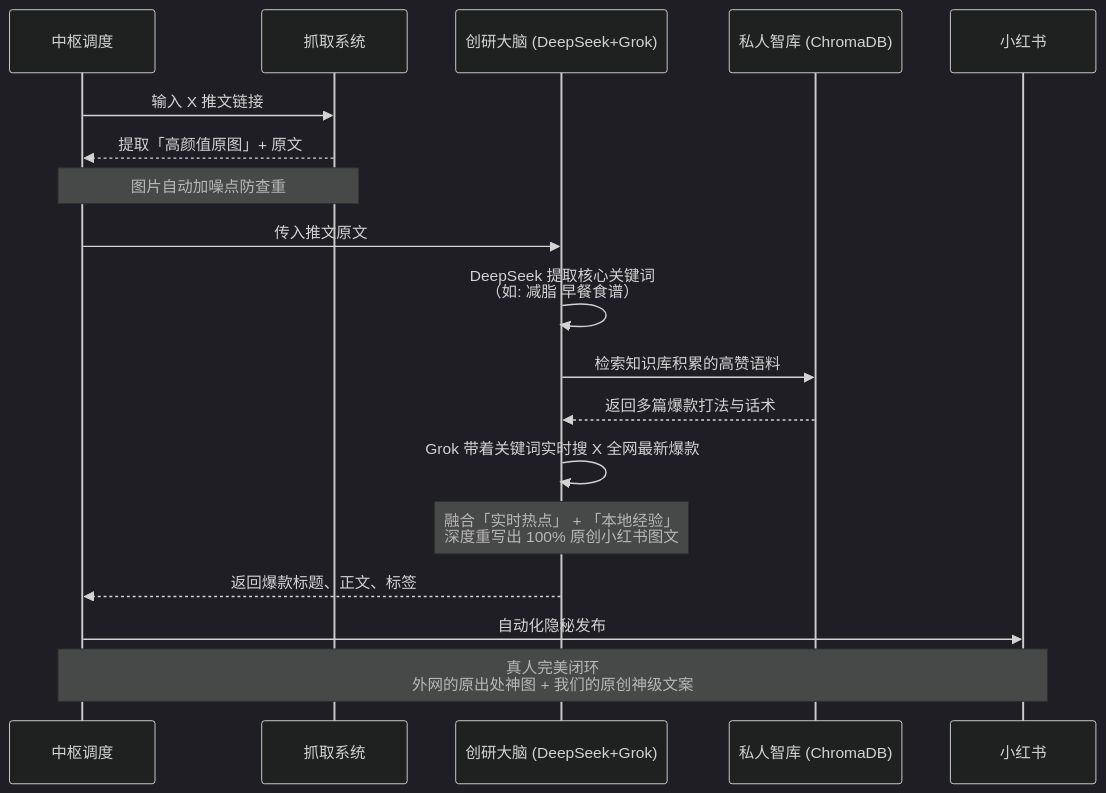
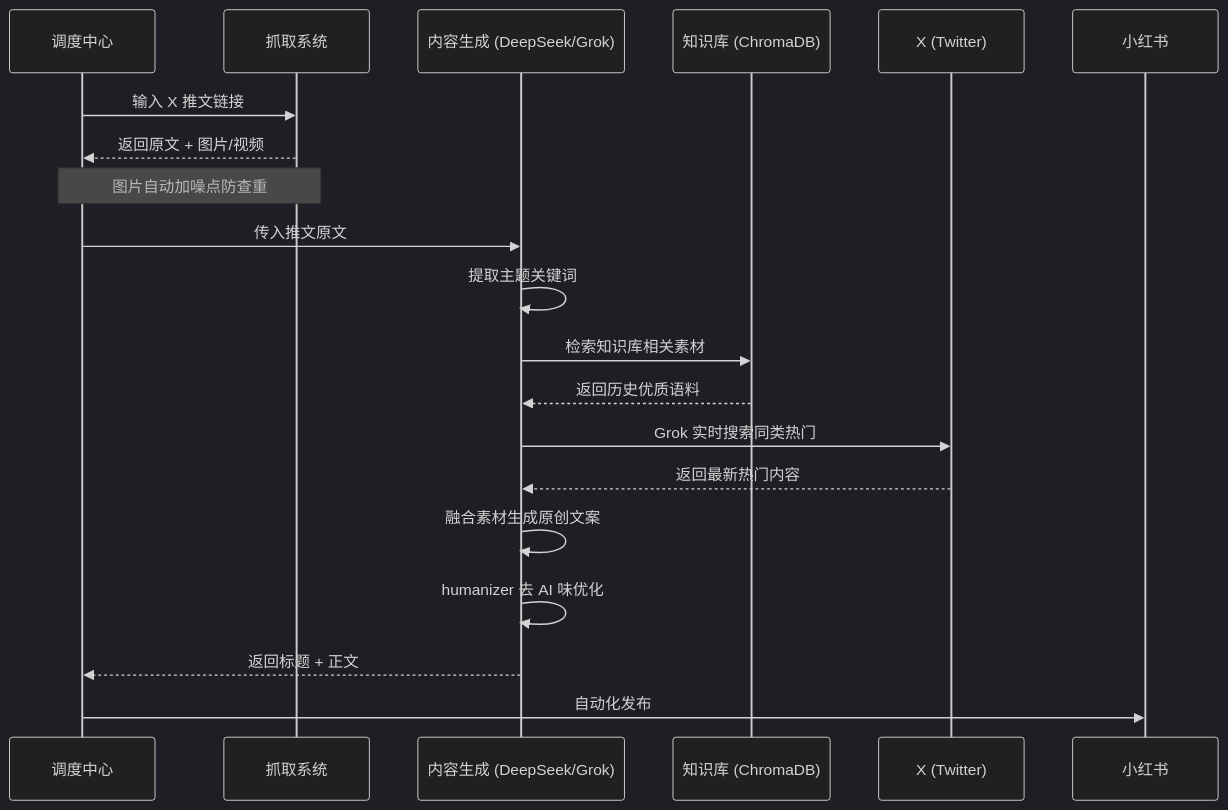
One commit to HSJ-BanFan/X-to-Xiaohongshu changed the diagram in README.md. Above: the diagram before and after it, drawn with Mermaid (dark theme). The commit also changed other lines of this file and 6 other files, not shown here.

````diff
--- a/README.md
+++ b/README.md
@@ -20,25 +23,28 @@
 ```mermaid
 sequenceDiagram
-    participant Pipeline as 中枢调度
-    participant Scraper as 抓取系统
-    participant AIGen as 创研大脑 (DeepSeek+Grok)
-    participant KB as 私人智库 (ChromaDB)
+    participant P as 调度中心
+    participant S as 抓取系统
+    participant G as 内容生成 (DeepSeek/Grok)
+    participant K as 知识库 (ChromaDB)
+    participant X as X (Twitter)
     participant XHS as 小红书
 
-    Pipeline->>Scraper: 输入 X 推文链接
-    Scraper-->>Pipeline: 提取「高颜值原图」+ 原文
-    Note over Pipeline,Scraper: 图片自动加噪点防查重
-    
-    Pipeline->>AIGen: 传入推文原文
-    AIGen->>AIGen: DeepSeek 提取核心关键词<br>（如: 减脂 早餐食谱）
-    
-    AIGen->>KB: 检索知识库积累的高赞语料
-    KB-->>AIGen: 返回多篇爆款打法与话术
-    
-    AIGen->>AIGen: Grok 带着关键词实时搜 X 全网最新爆款
-    Note over AIGen: 融合「实时热点」 + 「本地经验」<br>深度重写出 100% 原创小红书图文
-    AIGen-->>Pipeline: 返回爆款标题、正文、标签
-    
-    Pipeline->>XHS: 自动化隐秘发布
-    Note over Pipeline,XHS: 真人完美闭环<br>外网的原出处神图 + 我们的原创神级文案
+    P->>S: 输入 X 推文链接
+    S-->>P: 返回原文 + 图片/视频
+    Note over P,S: 图片自动加噪点防查重
+
+    P->>G: 传入推文原文
+    G->>G: 提取主题关键词
+
+    G->>K: 检索知识库相关素材
+    K-->>G: 返回历史优质语料
+
+    G->>X: Grok 实时搜索同类热门
+    X-->>G: 返回最新热门内容
+
+    G->>G: 融合素材生成原创文案
+    G->>G: humanizer 去 AI 味优化
+    G-->>P: 返回标题 + 正文
+
+    P->>XHS: 自动化发布
 ```
````
